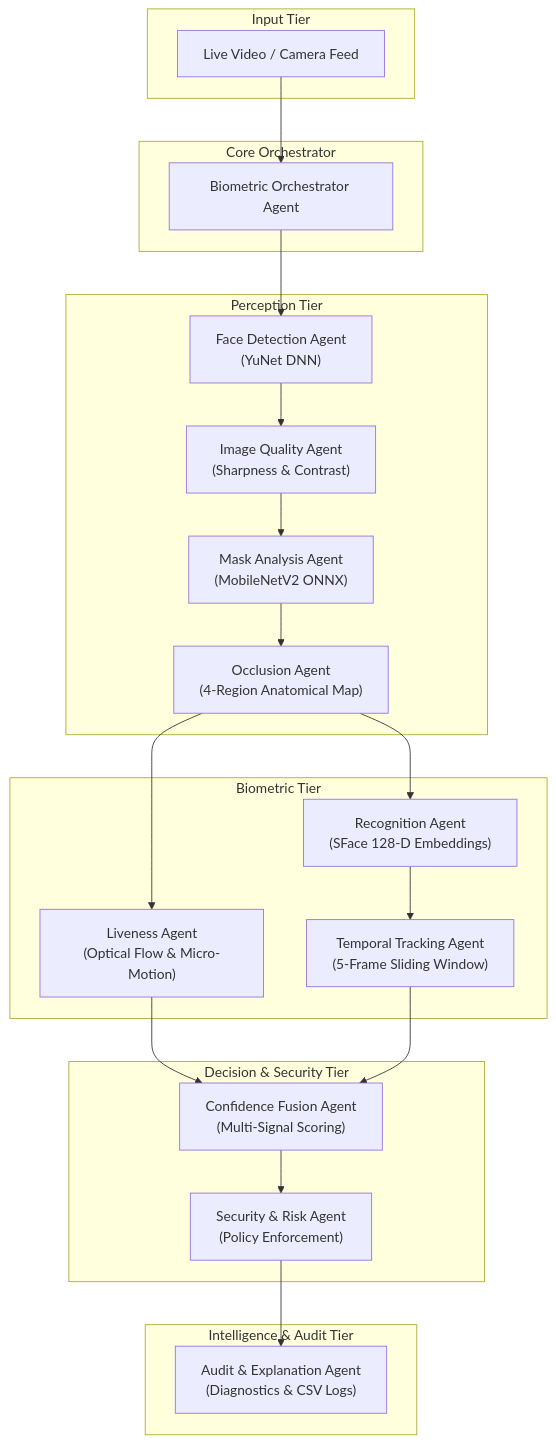
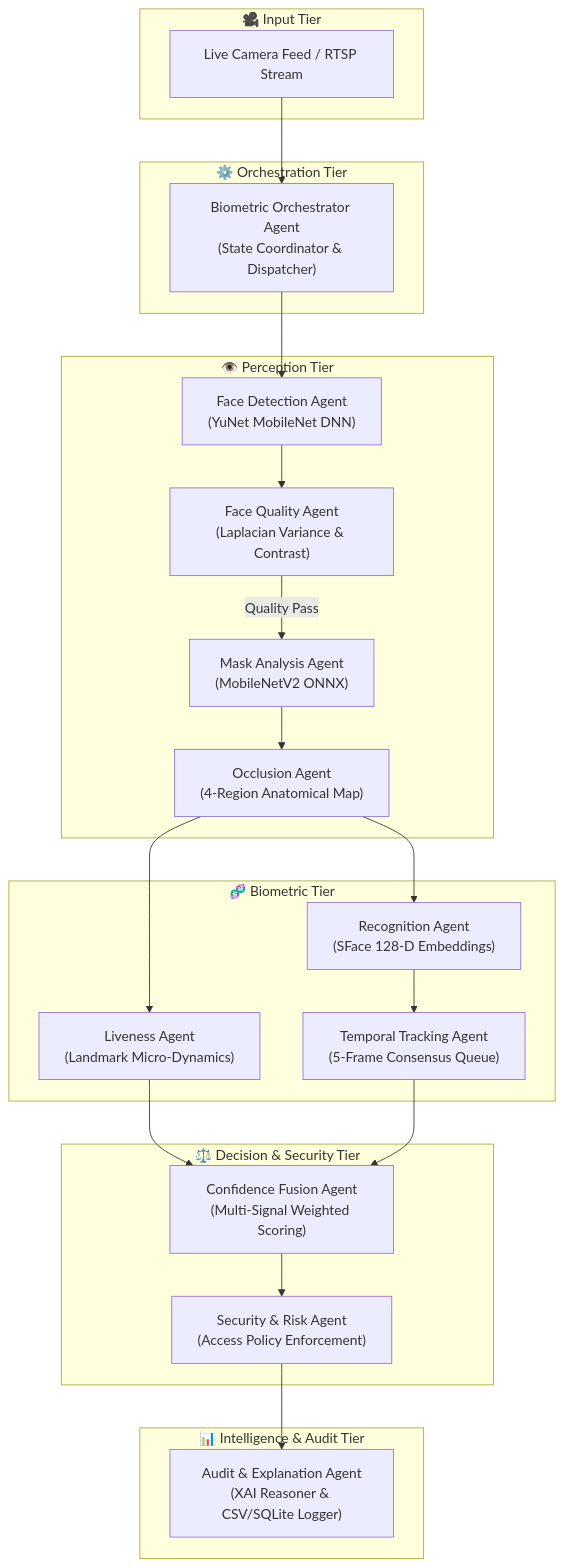
Before and after one commit to Manishsah098/Masked-Faced-Recognition: the diagram in README.md, drawn with Mermaid. The commit also changed other lines of this file, not shown here.

````diff
--- a/README.md
+++ b/README.md
@@ -46,45 +49,45 @@
 ```mermaid
 flowchart TD
-    subgraph Input [" Input Tier "]
-        CAM["Live Video / Camera Feed"]
+    subgraph Input [" 🎥 Input Tier "]
+        CAM["Live Camera Feed / RTSP Stream"]
     end
 
-    subgraph Orchestrator [" Core Orchestrator "]
-        ORCH["Biometric Orchestrator Agent"]
+    subgraph Core [" ⚙️ Orchestration Tier "]
+        ORCH["Biometric Orchestrator Agent<br/>(State Coordinator & Dispatcher)"]
     end
 
-    subgraph Perception [" Perception Tier "]
-        DET["Face Detection Agent<br/>(YuNet DNN)"]
-        QUAL["Image Quality Agent<br/>(Sharpness & Contrast)"]
+    subgraph Perception [" 👁️ Perception Tier "]
+        DET["Face Detection Agent<br/>(YuNet MobileNet DNN)"]
+        QUAL["Face Quality Agent<br/>(Laplacian Variance & Contrast)"]
         MASK["Mask Analysis Agent<br/>(MobileNetV2 ONNX)"]
         OCC["Occlusion Agent<br/>(4-Region Anatomical Map)"]
     end
 
-    subgraph Biometric [" Biometric Tier "]
+    subgraph Biometric [" 🧬 Biometric Tier "]
         REC["Recognition Agent<br/>(SFace 128-D Embeddings)"]
-        LIVE["Liveness Agent<br/>(Optical Flow & Micro-Motion)"]
-        TRACK["Temporal Tracking Agent<br/>(5-Frame Sliding Window)"]
+        LIVE["Liveness Agent<br/>(Landmark Micro-Dynamics)"]
+        TRACK["Temporal Tracking Agent<br/>(5-Frame Consensus Queue)"]
     end
 
-    subgraph Decision [" Decision & Security Tier "]
-        FUSE["Confidence Fusion Agent<br/>(Multi-Signal Scoring)"]
-        SEC["Security & Risk Agent<br/>(Policy Enforcement)"]
+    subgraph Decision [" ⚖️ Decision & Security Tier "]
+        FUSE["Confidence Fusion Agent<br/>(Multi-Signal Weighted Scoring)"]
+        SEC["Security & Risk Agent<br/>(Access Policy Enforcement)"]
     end
 
-    subgraph Audit [" Intelligence & Audit Tier "]
-        AUDIT["Audit & Explanation Agent<br/>(Diagnostics & CSV Logs)"]
+    subgraph Audit [" 📊 Intelligence & Audit Tier "]
+        AUDIT["Audit & Explanation Agent<br/>(XAI Reasoner & CSV/SQLite Logger)"]
     end
 
     CAM --> ORCH
     ORCH --> DET
     DET --> QUAL
-    QUAL --> MASK
+    QUAL -- "Quality Pass" --> MASK
     MASK --> OCC
     OCC --> REC
     OCC --> LIVE
     REC --> TRACK
     LIVE --> FUSE
     TRACK --> FUSE
     FUSE --> SEC
     SEC --> AUDIT
 ```
````
